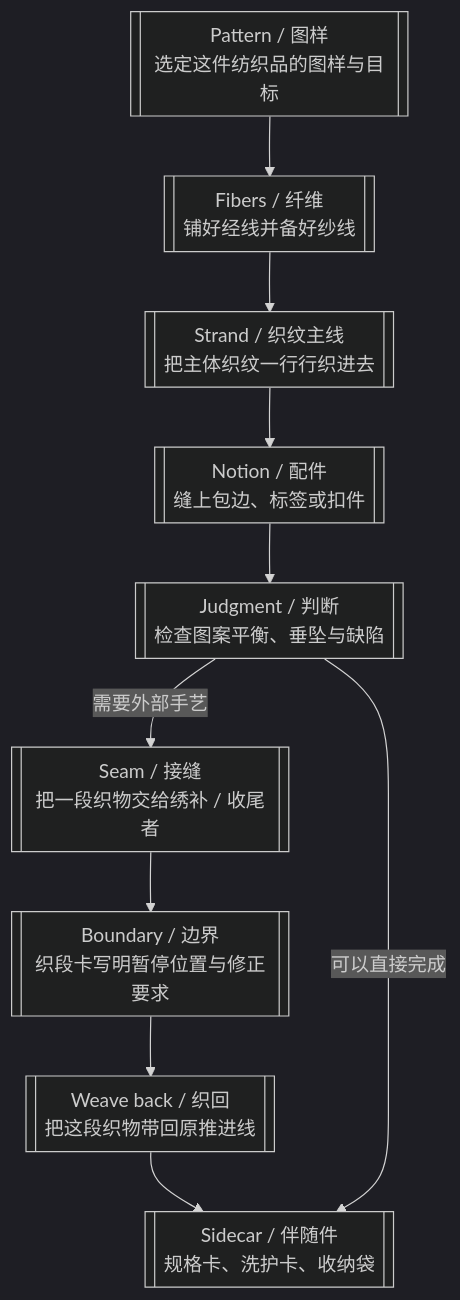
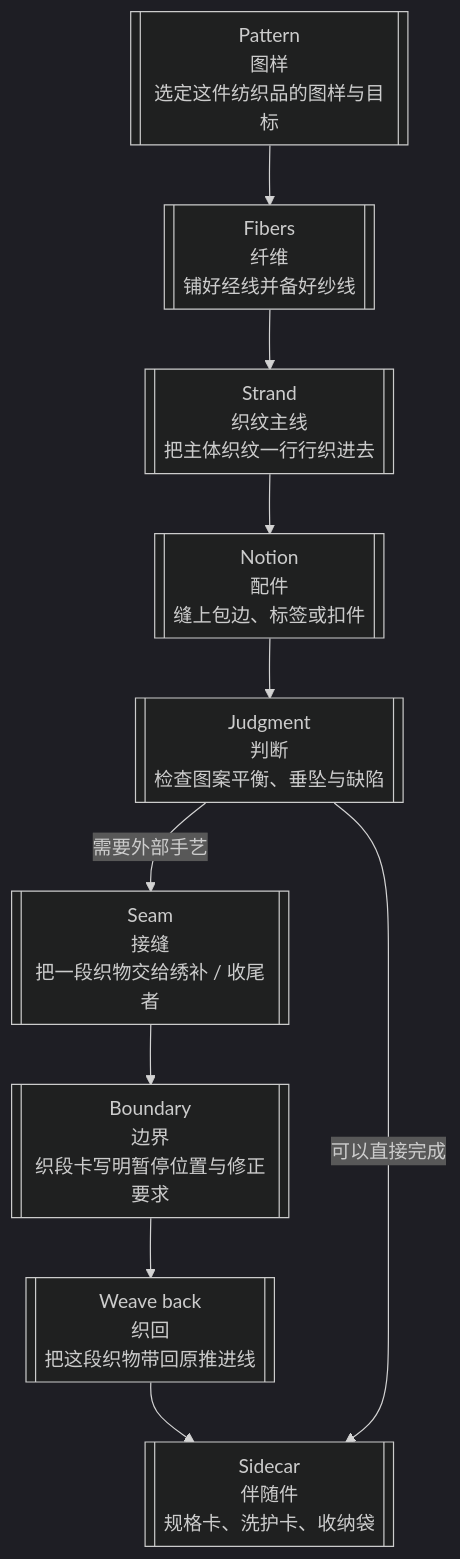
One commit to waynebaby/Techne-Loom changed the first of 2 diagrams in docs/zh-cn/architecture/workflow-terminology.md. Above: the diagram before and after it, drawn with Mermaid (dark theme). The commit also changed other lines of this file and 13 other files, not shown here.

````diff
--- a/docs/zh-cn/architecture/workflow-terminology.md
+++ b/docs/zh-cn/architecture/workflow-terminology.md
@@ -80,12 +80,12 @@
 ```mermaid
 flowchart TD
-    A[[Pattern / 图样\n选定这件纺织品的图样与目标]] --> B[[Fibers / 纤维\n铺好经线并备好纱线]]
-    B --> C[[Strand / 织纹主线\n把主体织纹一行行织进去]]
-    C --> D[[Notion / 配件\n缝上包边、标签或扣件]]
-    D --> E[[Judgment / 判断\n检查图案平衡、垂坠与缺陷]]
-    E -->|需要外部手艺| F[[Seam / 接缝\n把一段织物交给绣补 / 收尾者]]
-    F --> G[[Boundary / 边界\n织段卡写明暂停位置与修正要求]]
-    G --> H[[Weave back / 织回\n把这段织物带回原推进线]]
-    H --> I[[Sidecar / 伴随件\n规格卡、洗护卡、收纳袋]]
+    A[["Pattern<br/>图样<br/>选定这件纺织品的图样与目标"]] --> B[["Fibers<br/>纤维<br/>铺好经线并备好纱线"]]
+    B --> C[["Strand<br/>织纹主线<br/>把主体织纹一行行织进去"]]
+    C --> D[["Notion<br/>配件<br/>缝上包边、标签或扣件"]]
+    D --> E[["Judgment<br/>判断<br/>检查图案平衡、垂坠与缺陷"]]
+    E -->|需要外部手艺| F[["Seam<br/>接缝<br/>把一段织物交给绣补 / 收尾者"]]
+    F --> G[["Boundary<br/>边界<br/>织段卡写明暂停位置与修正要求"]]
+    G --> H[["Weave back<br/>织回<br/>把这段织物带回原推进线"]]
+    H --> I[["Sidecar<br/>伴随件<br/>规格卡、洗护卡、收纳袋"]]
     E -->|可以直接完成| I
 ```
````
